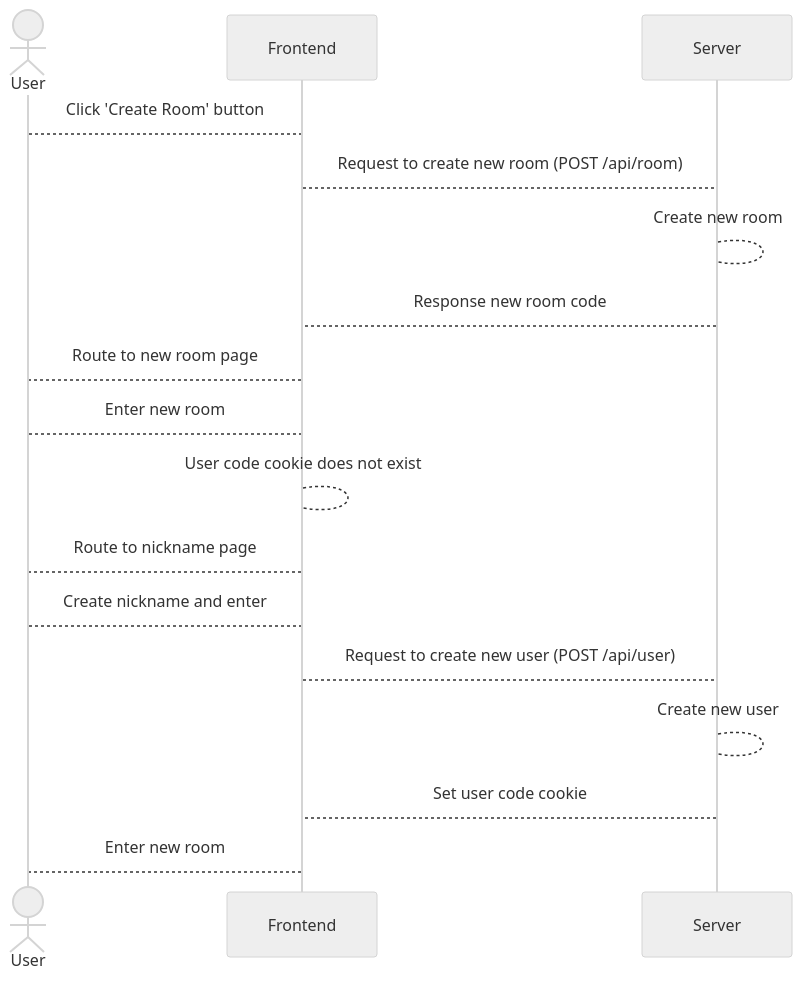
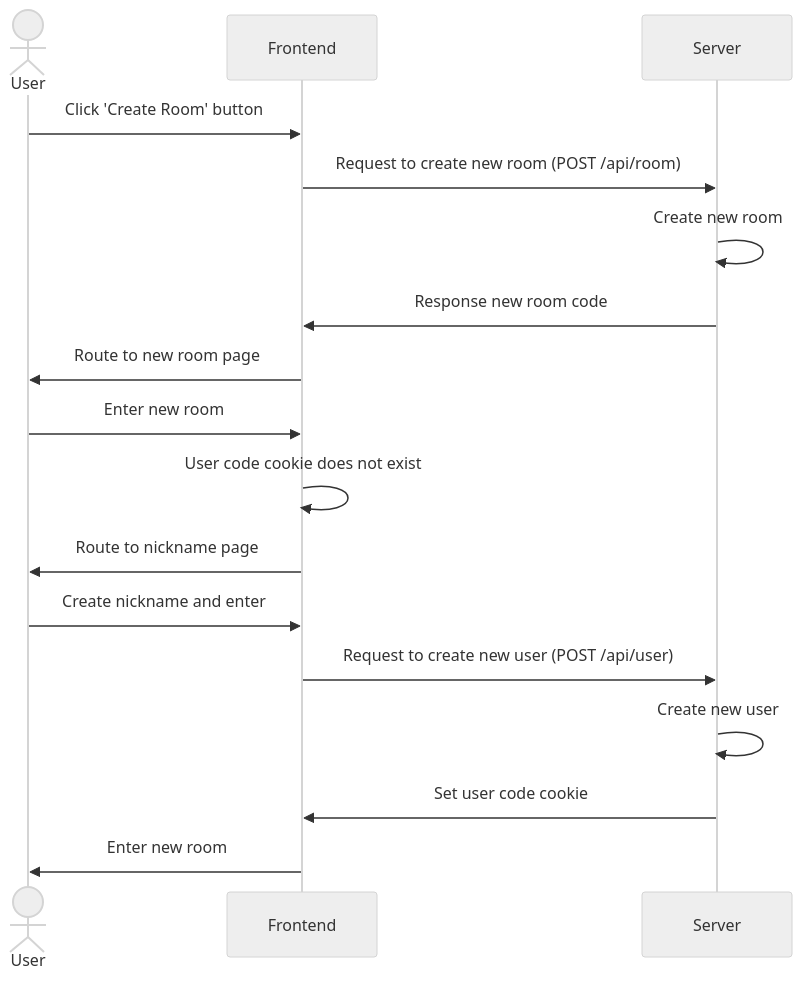
Before and after one commit to youngcha-lab/liar-game: the diagram in liar-game-app/docs/leader_create_room.md, drawn with Mermaid (neutral theme). The commit also changed 5 other files, not shown here.

````diff
--- a/liar-game-app/docs/leader_create_room.md
+++ b/liar-game-app/docs/leader_create_room.md
@@ -1,20 +1,20 @@
 ```mermaid
 sequenceDiagram
 actor user as User
 participant fe as Frontend
 participant server as Server
 
-user --> fe: Click 'Create Room' button
-fe --> server: Request to create new room (POST /api/room)
-server --> server: Create new room
-server --> fe: Response new room code
-fe --> user: Route to new room page
-user --> fe: Enter new room
-fe --> fe: User code cookie does not exist 
-fe --> user: Route to nickname page
-user --> fe: Create nickname and enter
-fe --> server: Request to create new user (POST /api/user)
-server --> server: Create new user
-server --> fe: Set user code cookie
-fe --> user: Enter new room
+user ->> fe: Click 'Create Room' button
+fe ->> server: Request to create new room (POST /api/room)
+server ->> server: Create new room
+server ->> fe: Response new room code
+fe ->> user: Route to new room page
+user ->> fe: Enter new room
+fe ->> fe: User code cookie does not exist 
+fe ->> user: Route to nickname page
+user ->> fe: Create nickname and enter
+fe ->> server: Request to create new user (POST /api/user)
+server ->> server: Create new user
+server ->> fe: Set user code cookie
+fe ->> user: Enter new room
 ```
````
